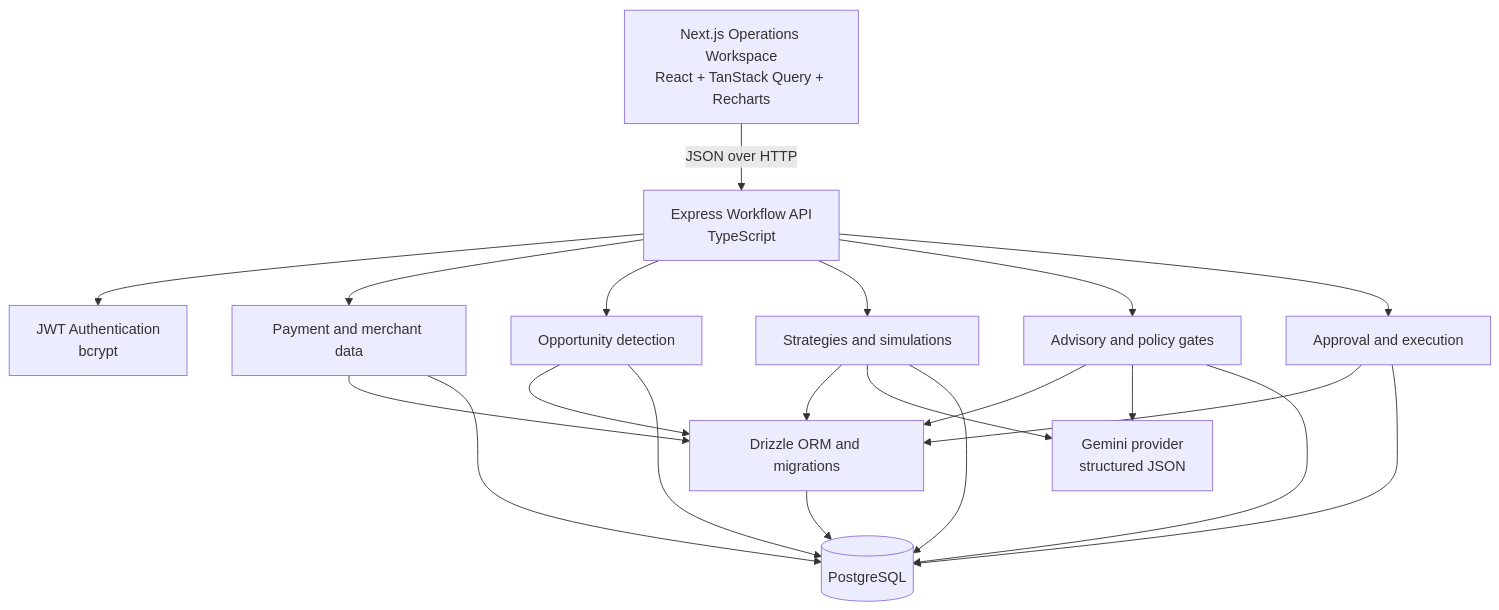
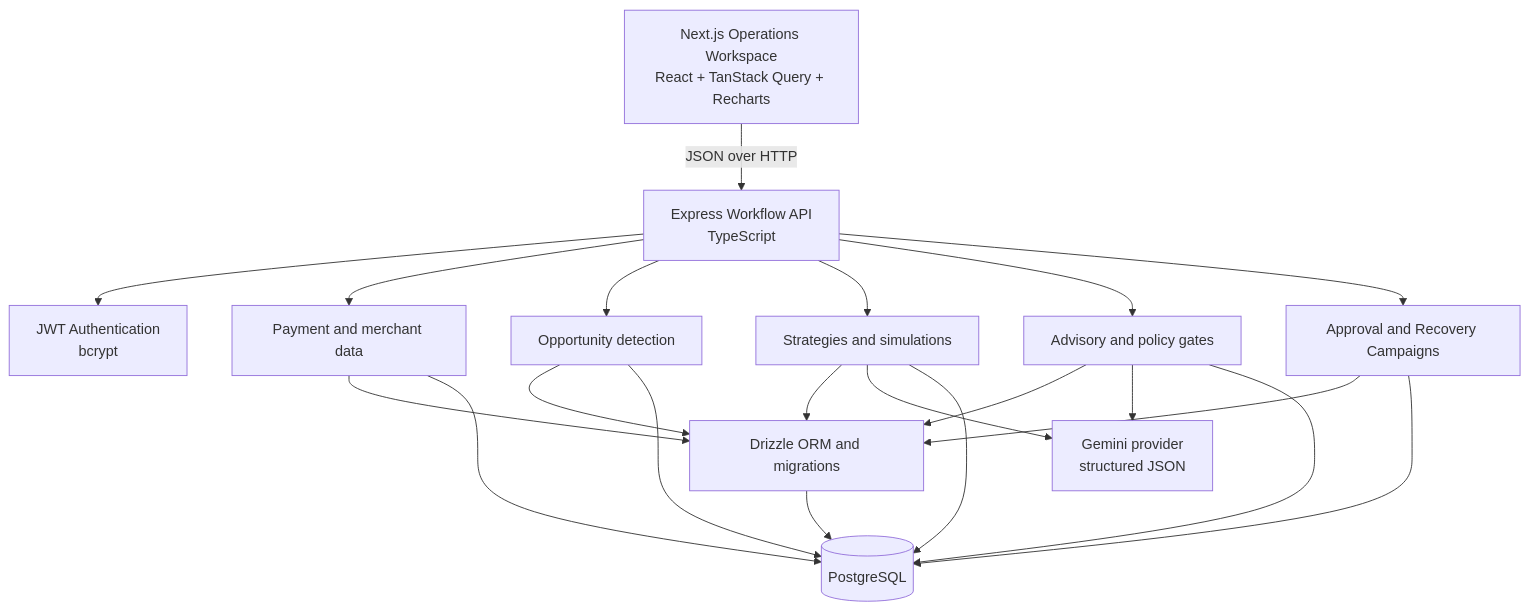
Before and after one commit to alizaid91/paylab: the diagram in README.md, drawn with Mermaid. The commit also changed other lines of this file, not shown here.

````diff
--- a/README.md
+++ b/README.md
@@ -32,35 +32,35 @@
 ```mermaid
 flowchart TB
     UI[Next.js Operations Workspace<br/>React + TanStack Query + Recharts]
     API[Express Workflow API<br/>TypeScript]
     AUTH[JWT Authentication<br/>bcrypt]
     DATA[Payment and merchant data]
     DETECT[Opportunity detection]
     DECIDE[Strategies and simulations]
     GOVERN[Advisory and policy gates]
-    EXEC[Approval and execution]
+    CAMPAIGN[Approval and Recovery Campaigns]
     AI[Gemini provider<br/>structured JSON]
     DB[(PostgreSQL)]
     ORM[Drizzle ORM and migrations]
 
     UI -->|JSON over HTTP| API
     API --> AUTH
     API --> DATA
     API --> DETECT
     API --> DECIDE
     API --> GOVERN
-    API --> EXEC
+    API --> CAMPAIGN
     DATA --> ORM
     DETECT --> ORM
     DECIDE --> ORM
     GOVERN --> ORM
-    EXEC --> ORM
+    CAMPAIGN --> ORM
     ORM --> DB
     DECIDE --> AI
     GOVERN --> AI
     DATA --> DB
     DETECT --> DB
     DECIDE --> DB
     GOVERN --> DB
-    EXEC --> DB
+    CAMPAIGN --> DB
 ```
````
